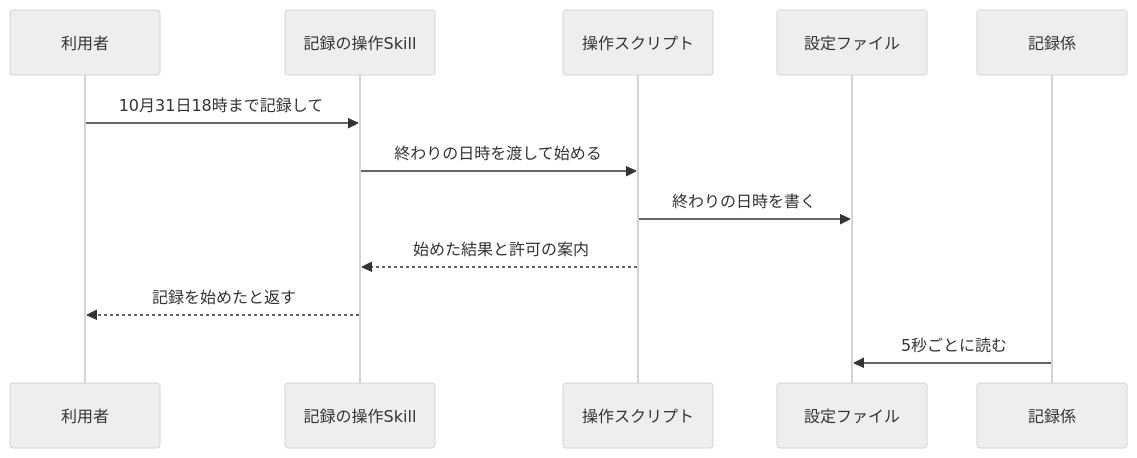
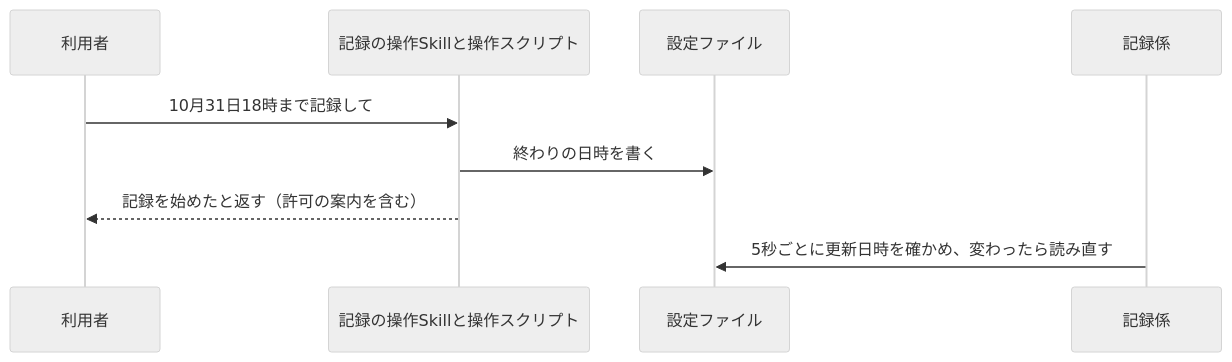
One commit to dnode-ryosuke-yamazaki/study changed the first of 4 diagrams in apps/routine-work-finder/specs/activity-recording/design.md. Above: the diagram before and after it, drawn with Mermaid (neutral theme). The commit also changed other lines of this file and 9 other files, not shown here.

````diff
--- a/apps/routine-work-finder/specs/activity-recording/design.md
+++ b/apps/routine-work-finder/specs/activity-recording/design.md
@@ -46,14 +52,11 @@
 ```mermaid
 sequenceDiagram
     participant U as 利用者
-    participant S as 記録の操作Skill
-    participant C as 操作スクリプト
+    participant S as 記録の操作Skillと操作スクリプト
     participant F as 設定ファイル
     participant R as 記録係
     U->>S: 10月31日18時まで記録して
-    S->>C: 終わりの日時を渡して始める
-    C->>F: 終わりの日時を書く
-    C-->>S: 始めた結果と許可の案内
-    S-->>U: 記録を始めたと返す
-    R->>F: 5秒ごとに読む
+    S->>F: 終わりの日時を書く
+    S-->>U: 記録を始めたと返す（許可の案内を含む）
+    R->>F: 5秒ごとに更新日時を確かめ、変わったら読み直す
 ```
````
